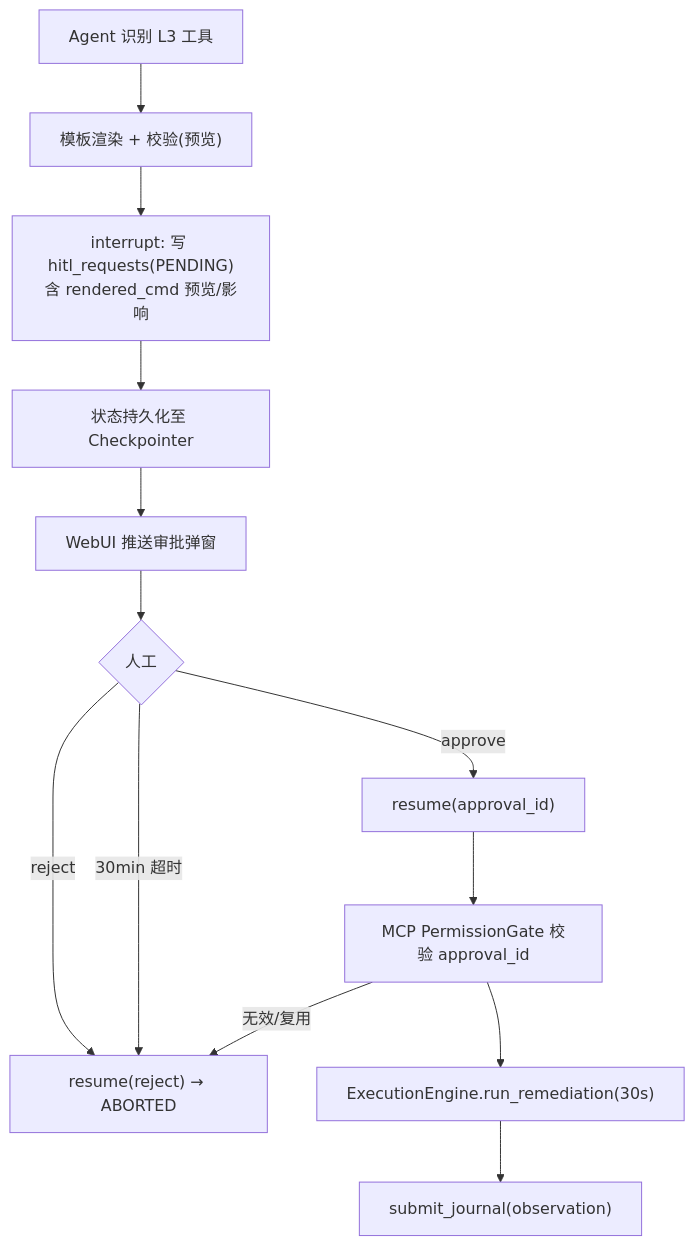
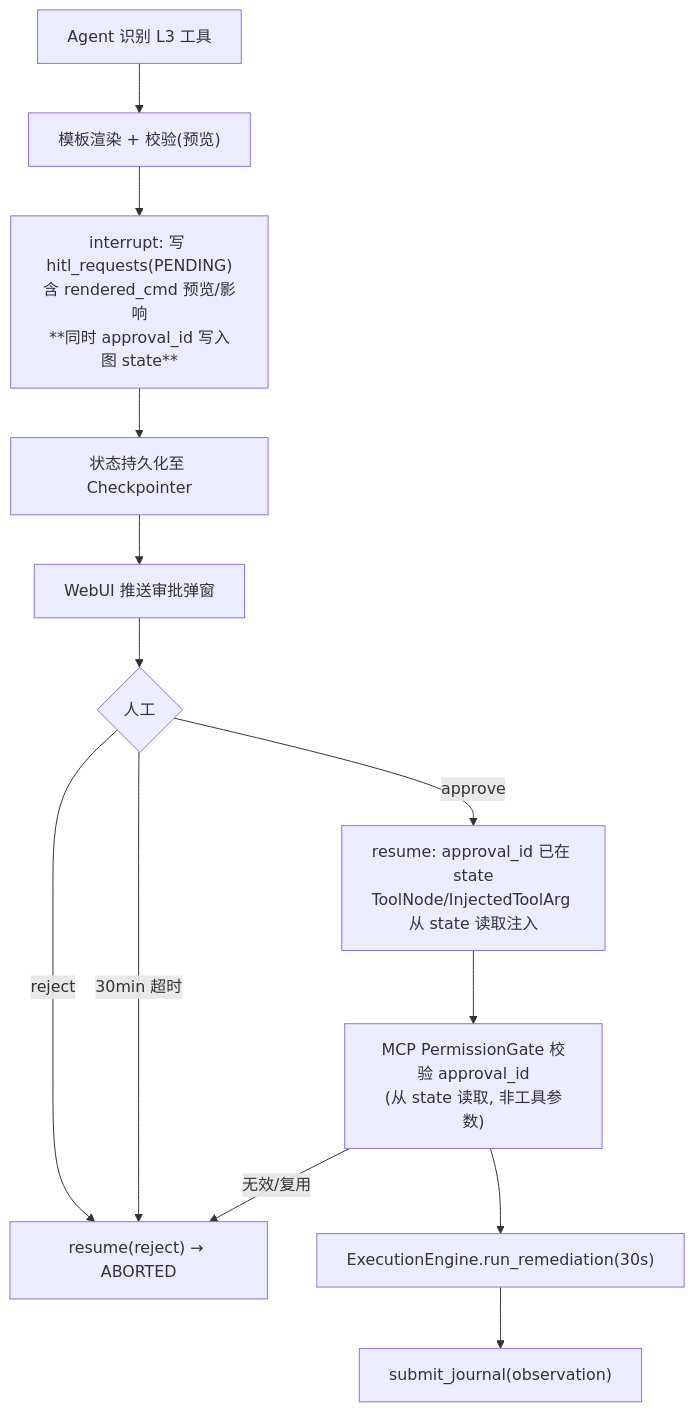
One commit to XueJie1/AIOps-Bastion changed diagram 16 of 16 in docs/DETAILED_DESIGN_v1.2.md. Above: the diagram before and after it, drawn with Mermaid. The commit also changed other lines of this file, not shown here.

````diff
--- a/docs/DETAILED_DESIGN_v1.2.md
+++ b/docs/DETAILED_DESIGN_v1.2.md
@@ -1049,15 +1074,15 @@
 ```mermaid
 flowchart TB
     L3["Agent 识别 L3 工具"] --> Render["模板渲染 + 校验(预览)"]
-    Render --> Req["interrupt: 写 hitl_requests(PENDING)<br/>含 rendered_cmd 预览/影响"]
+    Render --> Req["interrupt: 写 hitl_requests(PENDING)<br/>含 rendered_cmd 预览/影响<br/>**同时 approval_id 写入图 state**"]
     Req --> Persist["状态持久化至 Checkpointer"]
     Persist --> UI["WebUI 推送审批弹窗"]
     UI --> Decision{人工}
-    Decision -->|approve| Resume["resume(approval_id)"]
+    Decision -->|approve| Resume["resume: approval_id 已在 state<br/>ToolNode/InjectedToolArg 从 state 读取注入"]
     Decision -->|reject| Rej["resume(reject) → ABORTED"]
     Decision -->|30min 超时| Rej
-    Resume --> Gate["MCP PermissionGate 校验 approval_id"]
+    Resume --> Gate["MCP PermissionGate 校验 approval_id<br/>(从 state 读取, 非工具参数)"]
     Gate --> Exec["ExecutionEngine.run_remediation(30s)"]
     Gate -->|无效/复用| Rej
     Exec --> Record["submit_journal(observation)"]
 ```
````
